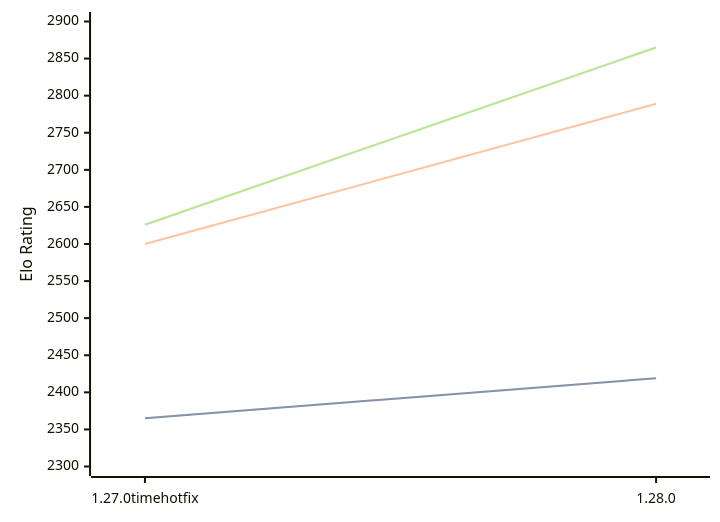
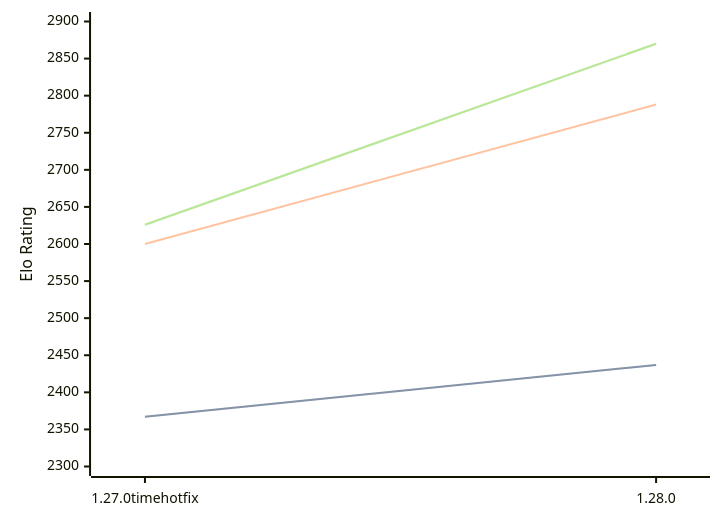
The diagram in engines/Aurora.md (computer-chess-index/cci), drawn with Mermaid before and after one commit. The commit also changed other lines of this file, not shown here.

Commit message:
Update CCI Ratings (ELO VLTC) - 2026-10-08

````diff
--- a/engines/Aurora.md
+++ b/engines/Aurora.md
@@ -33,11 +33,11 @@
 ```mermaid
 %%{init: {"theme":"base","themeVariables":{"seriesColors:['#a3a3a3','#222221','#faa371']}}}%%
 xychart-beta
   x-axis ["1.27.0timehotfix", "1.28.0"]
   y-axis "Elo Rating" 2300 --> 2900
-  line "" [2365, 2419]
-  line "STC (8.0+0.08s)" [2365, 2419]
-  line "LTC (60.0+0.60s)" [2600, 2789]
-  line "" [2626, 2865]
-  line "VLTC (2m24s+1.12s)" [2626, 2865]
+  line "" [2367, 2437]
+  line "STC (8.0+0.08s)" [2367, 2437]
+  line "LTC (60.0+0.60s)" [2600, 2788]
+  line "" [2626, 2870]
+  line "VLTC (2m24s+1.12s)" [2626, 2870]
 ```
````
